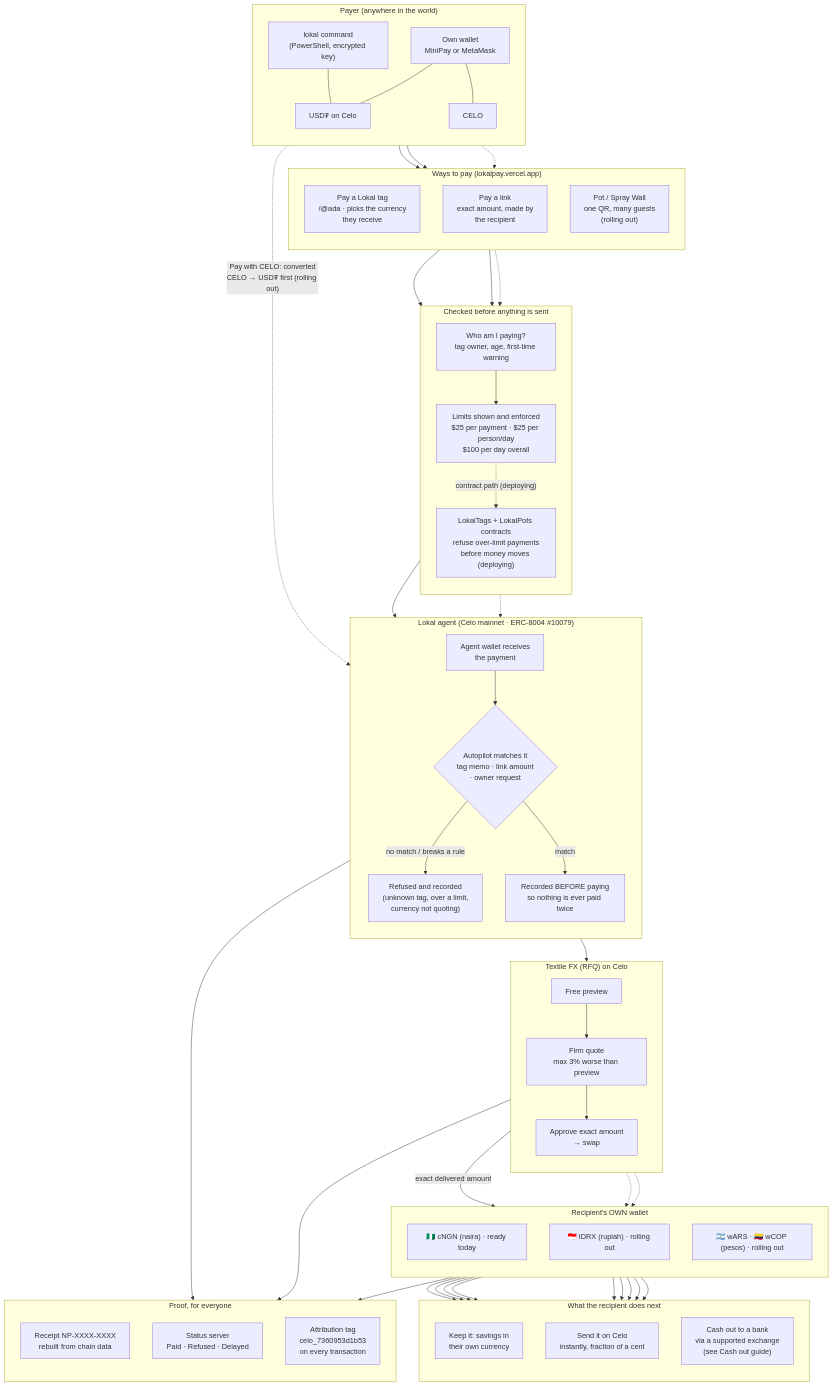
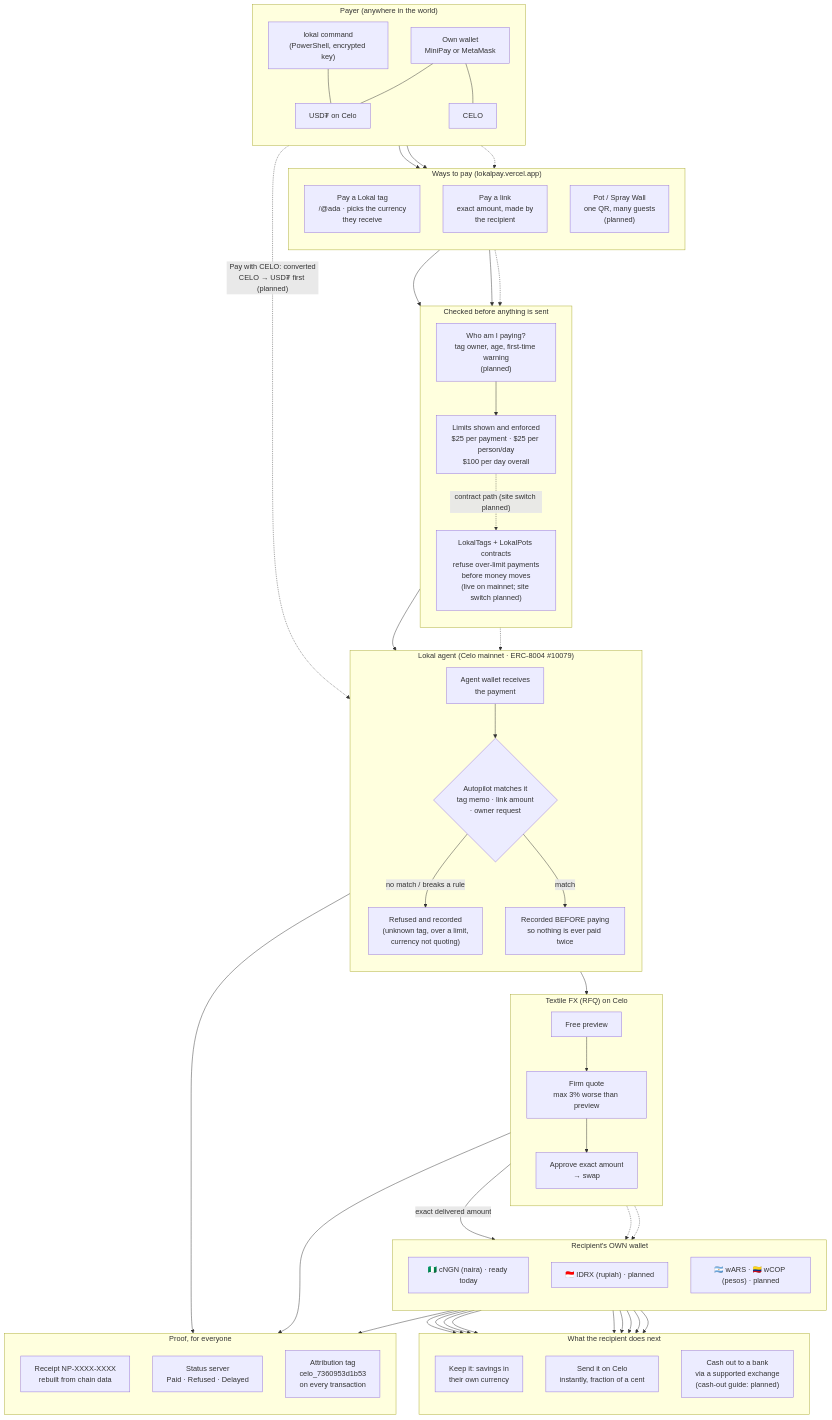
The first of 2 diagrams in README.md (deeeko/lokal), drawn with Mermaid before and after one commit. The commit also changed other lines of this file and 3 other files, not shown here.

First line of the commit message:
Honesty pass: Live / Built / Planned labels, business model, SECURITY.md

```diff
--- a/README.md
+++ b/README.md
@@ -363,15 +376,15 @@
     direction TB
     P1["Pay a Lokal tag<br/>/@ada · picks the currency<br/>they receive"]
     P2["Pay a link<br/>exact amount, made by<br/>the recipient"]
-    P3["Pot / Spray Wall<br/>one QR, many guests<br/>(rolling out)"]
+    P3["Pot / Spray Wall<br/>one QR, many guests<br/>(planned)"]
   end
 
   %% ---------- checks before money moves ----------
   subgraph CHECKS["Checked before anything is sent"]
     direction TB
-    C1["Who am I paying?<br/>tag owner, age, first-time warning"]
+    C1["Who am I paying?<br/>tag owner, age, first-time warning<br/>(planned)"]
     C2["Limits shown and enforced<br/>$25 per payment · $25 per person/day<br/>$100 per day overall"]
-    C3["LokalTags + LokalPots contracts<br/>refuse over-limit payments<br/>before money moves (deploying)"]
+    C3["LokalTags + LokalPots contracts<br/>refuse over-limit payments<br/>before money moves<br/>(live on mainnet; site switch planned)"]
   end
 
   %% ---------- the agent ----------
@@ -396,8 +409,8 @@
   subgraph RECIPIENT["Recipient's OWN wallet"]
     direction TB
     R1["🇳🇬 cNGN (naira) · ready today"]
-    R2["🇮🇩 IDRX (rupiah) · rolling out"]
-    R3["🇦🇷 wARS · 🇨🇴 wCOP (pesos) · rolling out"]
+    R2["🇮🇩 IDRX (rupiah) · planned"]
+    R3["🇦🇷 wARS · 🇨🇴 wCOP (pesos) · planned"]
   end
 
   %% ---------- after ----------
@@ -405,7 +418,7 @@
     direction TB
     X1["Keep it: savings in<br/>their own currency"]
     X2["Send it on Celo<br/>instantly, fraction of a cent"]
-    X3["Cash out to a bank<br/>via a supported exchange<br/>(see Cash out guide)"]
+    X3["Cash out to a bank<br/>via a supported exchange<br/>(cash-out guide: planned)"]
   end
 
   %% ---------- proof ----------
@@ -418,12 +431,12 @@
 
   T1 --> P1 & P2
   T1 -.-> P3
-  T2 -.->|"Pay with CELO: converted<br/>CELO → USD₮ first (rolling out)"| A1
+  T2 -.->|"Pay with CELO: converted<br/>CELO → USD₮ first (planned)"| A1
   P1 --> C1 --> C2
   P2 --> C2
   P3 -.-> C3
   C2 --> A1
-  C2 -.->|"contract path (deploying)"| C3
+  C2 -.->|"contract path (site switch planned)"| C3
   C3 -.-> A1
   A1 --> A2
   A2 -->|"no match / breaks a rule"| A3
```
